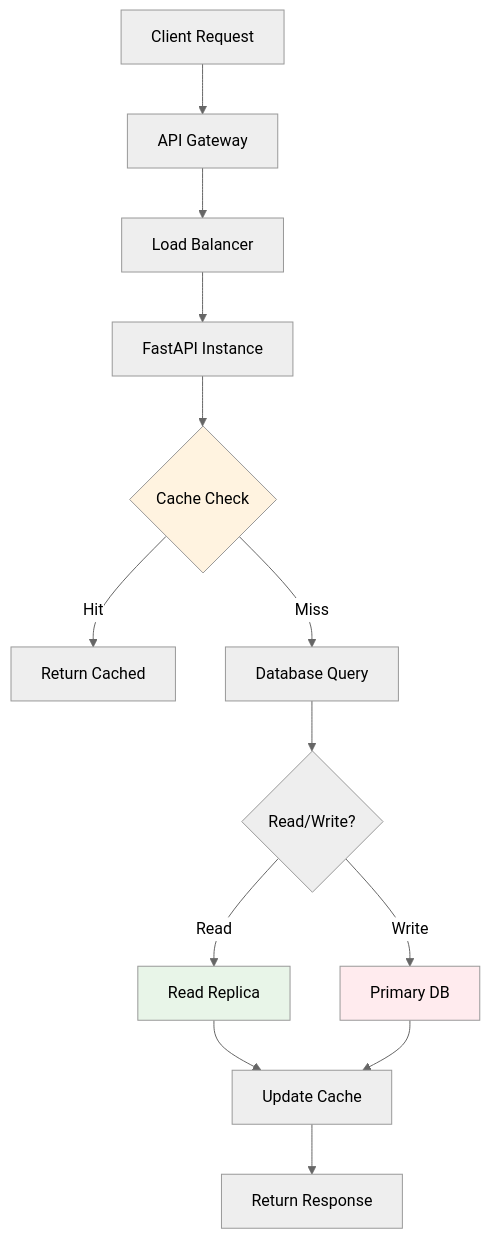
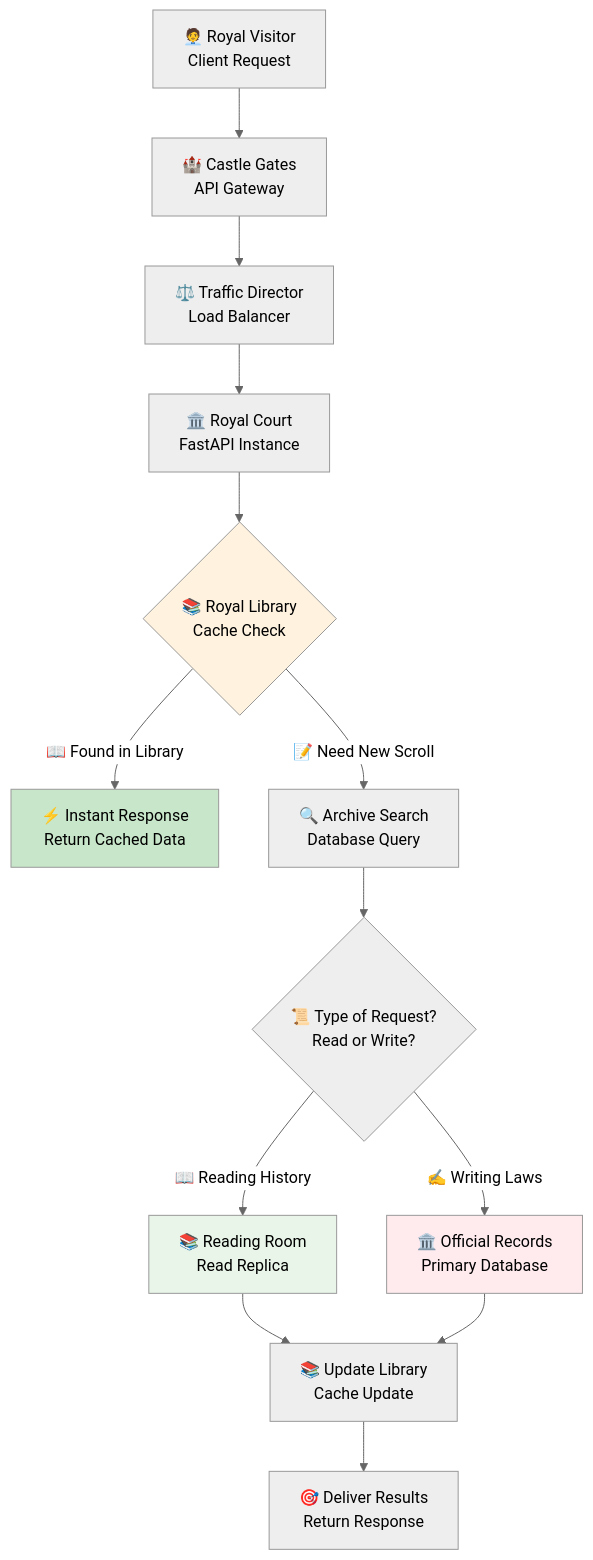
Before and after one commit to ridwanspace/restful-fastapi-guideline: the second of 4 diagrams in app/docs/03_intermediate/08-best-practices/page.mdx, drawn with Mermaid (neutral theme). The commit also changed other lines of this file, not shown here.

First line of the commit message:
Docs: Revamp best practices guide for enterprise FastAPI

````diff
--- a/app/docs/03_intermediate/08-best-practices/page.mdx
+++ b/app/docs/03_intermediate/08-best-practices/page.mdx
@@ -85,19 +748,20 @@
 ```mermaid
 graph TD
-    A[Client Request] --> B[API Gateway]
-    B --> C[Load Balancer]
-    C --> D[FastAPI Instance]
-    D --> E{Cache Check}
-    E -->|Hit| F[Return Cached]
-    E -->|Miss| G[Database Query]
-    G --> H{Read/Write?}
-    H -->|Read| I[Read Replica]
-    H -->|Write| J[Primary DB]
-    I --> K[Update Cache]
+    A[🧑‍💼 Royal Visitor<br/>Client Request] --> B[🏰 Castle Gates<br/>API Gateway]
+    B --> C[⚖️ Traffic Director<br/>Load Balancer]
+    C --> D[🏛️ Royal Court<br/>FastAPI Instance]
+    D --> E{📚 Royal Library<br/>Cache Check}
+    E -->|📖 Found in Library| F[⚡ Instant Response<br/>Return Cached Data]
+    E -->|📝 Need New Scroll| G[🔍 Archive Search<br/>Database Query]
+    G --> H{📜 Type of Request?<br/>Read or Write?}
+    H -->|📖 Reading History| I[📚 Reading Room<br/>Read Replica]
+    H -->|✍️ Writing Laws| J[🏛️ Official Records<br/>Primary Database]
+    I --> K[📚 Update Library<br/>Cache Update]
     J --> K
-    K --> L[Return Response]
+    K --> L[🎯 Deliver Results<br/>Return Response]
     
     style E fill:#fff3e0
     style I fill:#e8f5e8
     style J fill:#ffebee
+    style F fill:#c8e6c9
 ```
````
